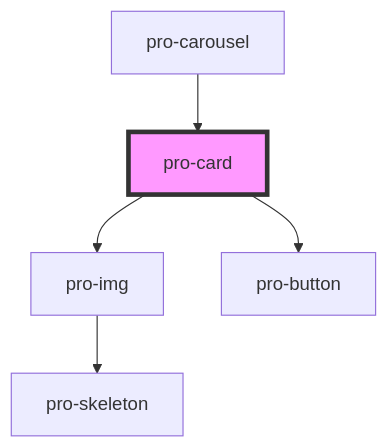
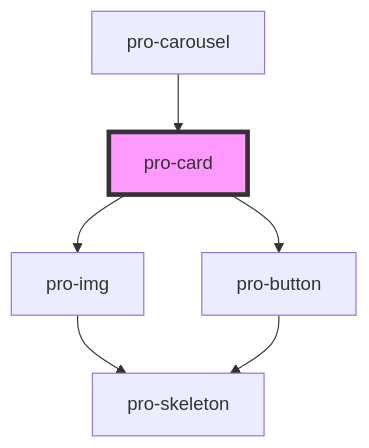
Before and after one commit to aab1dh/pro: the diagram in src/atoms/card/readme.md, drawn with Mermaid. The commit also changed 14 other files, not shown here.

````diff
--- a/src/atoms/card/readme.md
+++ b/src/atoms/card/readme.md
@@ -27,8 +27,9 @@
 ```mermaid
 graph TD;
   pro-card --> pro-img
   pro-card --> pro-button
   pro-img --> pro-skeleton
+  pro-button --> pro-skeleton
   pro-carousel --> pro-card
   style pro-card fill:#f9f,stroke:#333,stroke-width:4px
 ```
````
